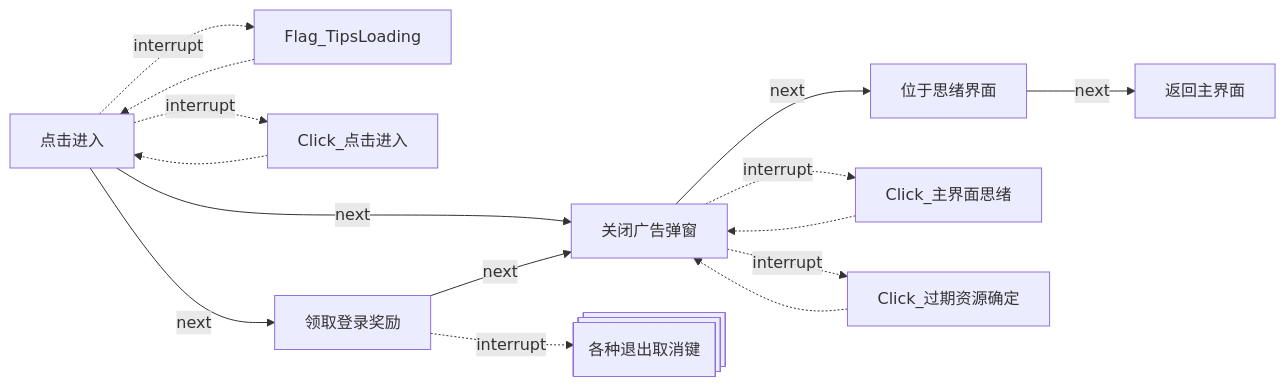
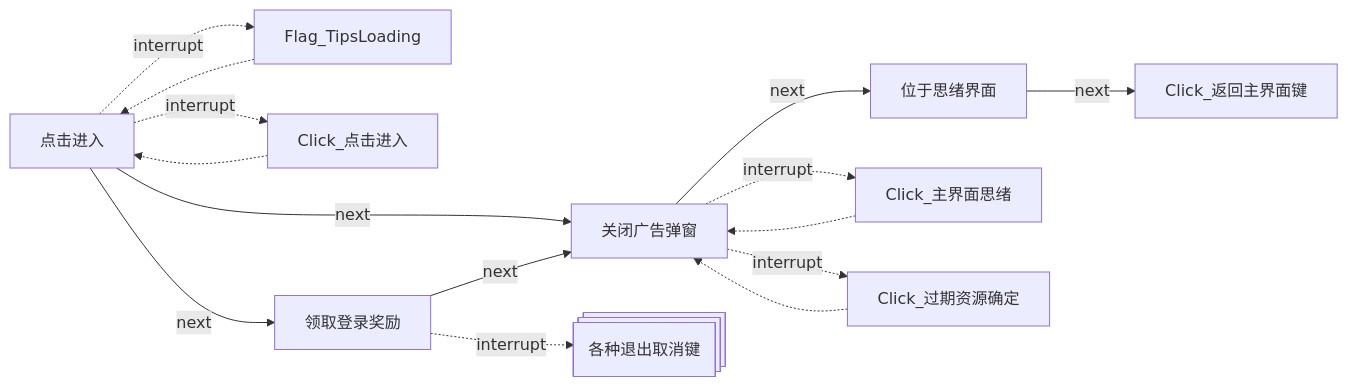
The second of 22 diagrams in docs/zh_cn/Pipeline.md (Coxwtwo/MaaTOT), drawn with Mermaid before and after one commit. The commit also changed other lines of this file, not shown here.

Commit message:
文档：补充开发相关文档流程图和说明。

````diff
--- a/docs/zh_cn/Pipeline.md
+++ b/docs/zh_cn/Pipeline.md
@@ -55,19 +62,19 @@
 ```mermaid
 flowchart LR
     n6 -.->|interrupt| n12["Flag_TipsLoading"]
     n12 -.-> n6
     n6 -.->|interrupt| n13["Click_点击进入"]
     n13 -.-> n6
     n6["点击进入"] -->|next| n10["领取登录奖励"] 
     n6 -->|next| n11["关闭广告弹窗"]
 
     n10["领取登录奖励"] -->|next| n11
     n10 -.->|interrupt| n14@{ shape: processes, label: "各种退出取消键"}
 
     n11["关闭广告弹窗"] -->|next| n15["位于思绪界面"]
     n11 -.->|interrupt| n16["Click_主界面思绪"]
     n16 -.-> n11
     n11 -.->|interrupt| n17["Click_过期资源确定"]
     n17 -.-> n11
-    n15 -->|next| n18["返回主界面"]
+    n15 -->|next| n18["Click_返回主界面键"]
 ```
````
